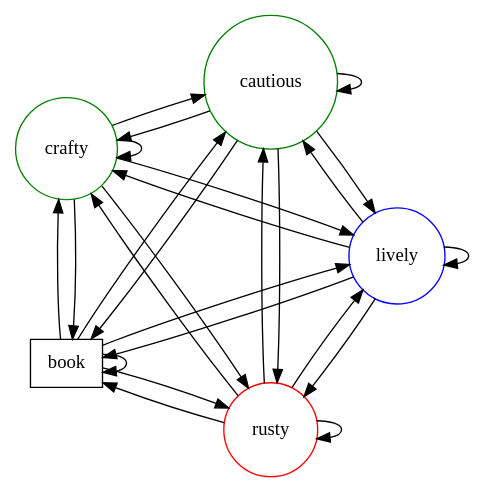
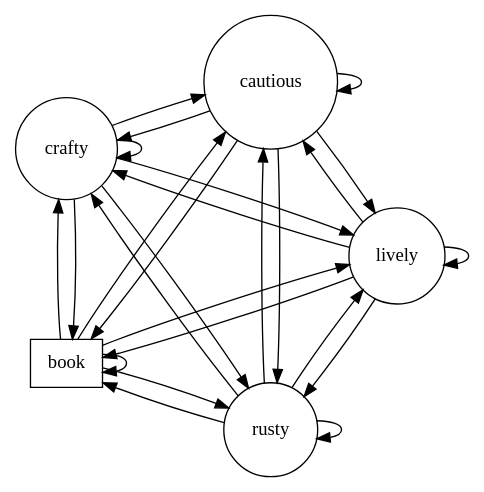
The diagram in src/logos/panchalogo.gv (mskmoorthy/PancaTantra-Graph), drawn with Graphviz before and after one commit.

Commit message:
fillcolor

```diff
--- a/src/logos/panchalogo.gv
+++ b/src/logos/panchalogo.gv
@@ -1,11 +1,11 @@
 // see https://stackoverflow.com/questions/46317240/how-to-layout-complete-graphs-circularly-using-dot-and-graphviz
 
 strict digraph P  {
         layout=circo
-        rusty [shape=circle, color=red]
-        lively [color=blue, shape=circle]
-        crafty [shape=circle, color=green]
-        cautious [color=green, shape=circle]
+        rusty [shape=circle, fillcolor=red]
+        lively [fillcolor=blue, shape=circle]
+        crafty [shape=circle, fillcolor=green]
+        cautious [fillcolor=green, shape=circle]
         book [shape=box]
         {book, rusty, lively, cautious, crafty}->{book, rusty, lively, cautious, crafty}
 }
```
